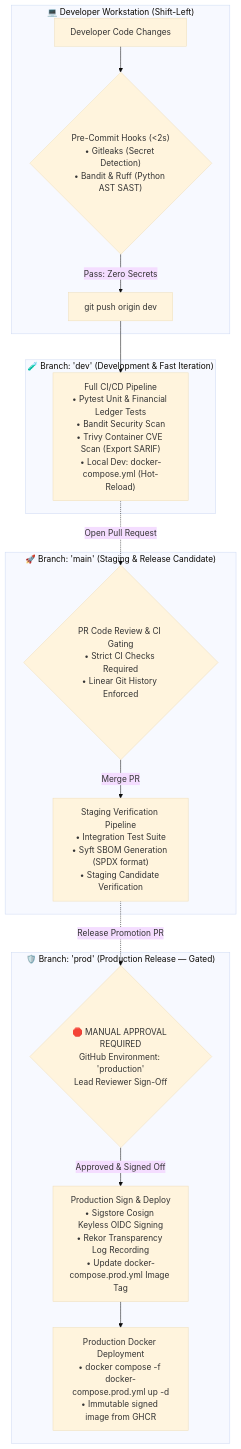
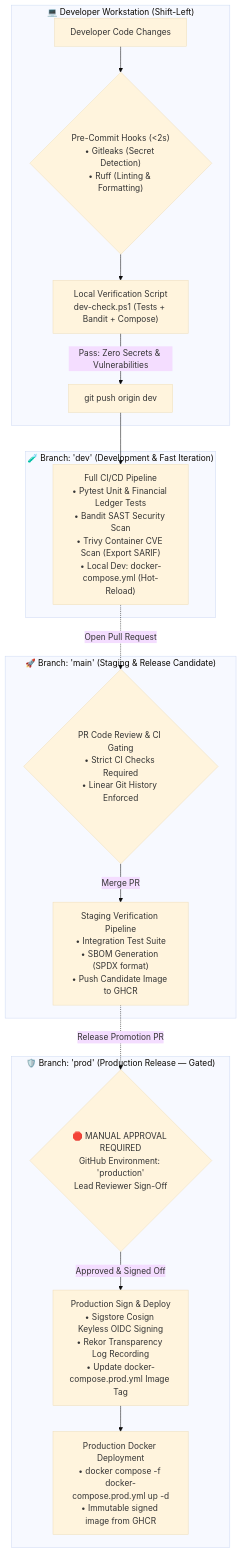
The first of 2 diagrams in README.md (sebian-lab/alphatracer-financial-api), drawn with Mermaid (base theme) before and after one commit. The commit also changed other lines of this file, not shown here.

Commit message:
docs: align README with 10-container Docker Compose architecture

````diff
--- a/README.md
+++ b/README.md
@@ -29,22 +29,23 @@
 ```mermaid
 flowchart TD
     subgraph DevMachine["💻 Developer Workstation (Shift-Left)"]
-        Code["Developer Code Changes"] --> PreCommit{"Pre-Commit Hooks (<2s)<br/>• Gitleaks (Secret Detection)<br/>• Bandit & Ruff (Python AST SAST)"}
-        PreCommit -->|Pass: Zero Secrets| PushDev["git push origin dev"]
+        Code["Developer Code Changes"] --> PreCommit{"Pre-Commit Hooks (<2s)<br/>• Gitleaks (Secret Detection)<br/>• Ruff (Linting & Formatting)"}
+        PreCommit --> ScriptCheck["Local Verification Script<br/>dev-check.ps1 (Tests + Bandit + Compose)"]
+        ScriptCheck -->|Pass: Zero Secrets & Vulnerabilities| PushDev["git push origin dev"]
     end
 
     subgraph BranchDev["🧪 Branch: 'dev' (Development & Fast Iteration)"]
-        PushDev --> PipelineDev["Full CI/CD Pipeline<br/>• Pytest Unit & Financial Ledger Tests<br/>• Bandit Security Scan<br/>• Trivy Container CVE Scan (Export SARIF)<br/>• Local Dev: docker-compose.yml (Hot-Reload)"]
+        PushDev --> PipelineDev["Full CI/CD Pipeline<br/>• Pytest Unit & Financial Ledger Tests<br/>• Bandit SAST Security Scan<br/>• Trivy Container CVE Scan (Export SARIF)<br/>• Local Dev: docker-compose.yml (Hot-Reload)"]
     end
 
     subgraph BranchMain["🚀 Branch: 'main' (Staging & Release Candidate)"]
         PipelineDev -.->|Open Pull Request| PRReview{"PR Code Review & CI Gating<br/>• Strict CI Checks Required<br/>• Linear Git History Enforced"}
-        PRReview -->|Merge PR| PipelineMain["Staging Verification Pipeline<br/>• Integration Test Suite<br/>• Syft SBOM Generation (SPDX format)<br/>• Staging Candidate Verification"]
+        PRReview -->|Merge PR| PipelineMain["Staging Verification Pipeline<br/>• Integration Test Suite<br/>• SBOM Generation (SPDX format)<br/>• Push Candidate Image to GHCR"]
     end
 
     subgraph BranchProd["🛡️ Branch: 'prod' (Production Release — Gated)"]
         PipelineMain -.->|Release Promotion PR| Gate{"🛑 MANUAL APPROVAL REQUIRED<br/>GitHub Environment: 'production'<br/>Lead Reviewer Sign-Off"}
         Gate -->|Approved & Signed Off| PipelineProd["Production Sign & Deploy<br/>• Sigstore Cosign Keyless OIDC Signing<br/>• Rekor Transparency Log Recording<br/>• Update docker-compose.prod.yml Image Tag"]
         PipelineProd --> DockerProd["Production Docker Deployment<br/>• docker compose -f docker-compose.prod.yml up -d<br/>• Immutable signed image from GHCR"]
     end
 ```
````
